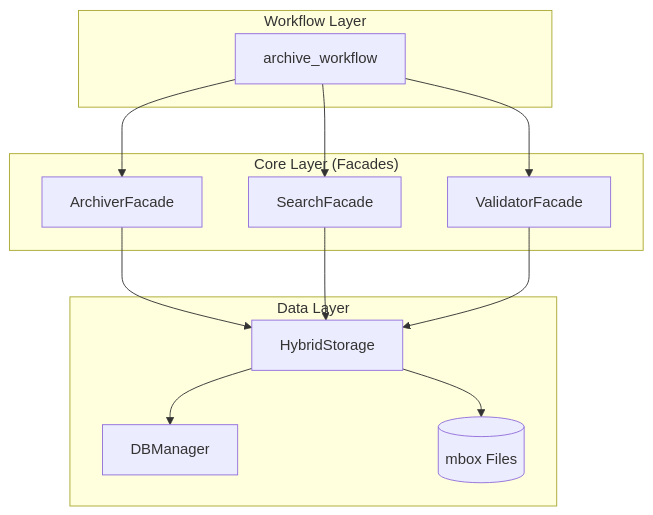
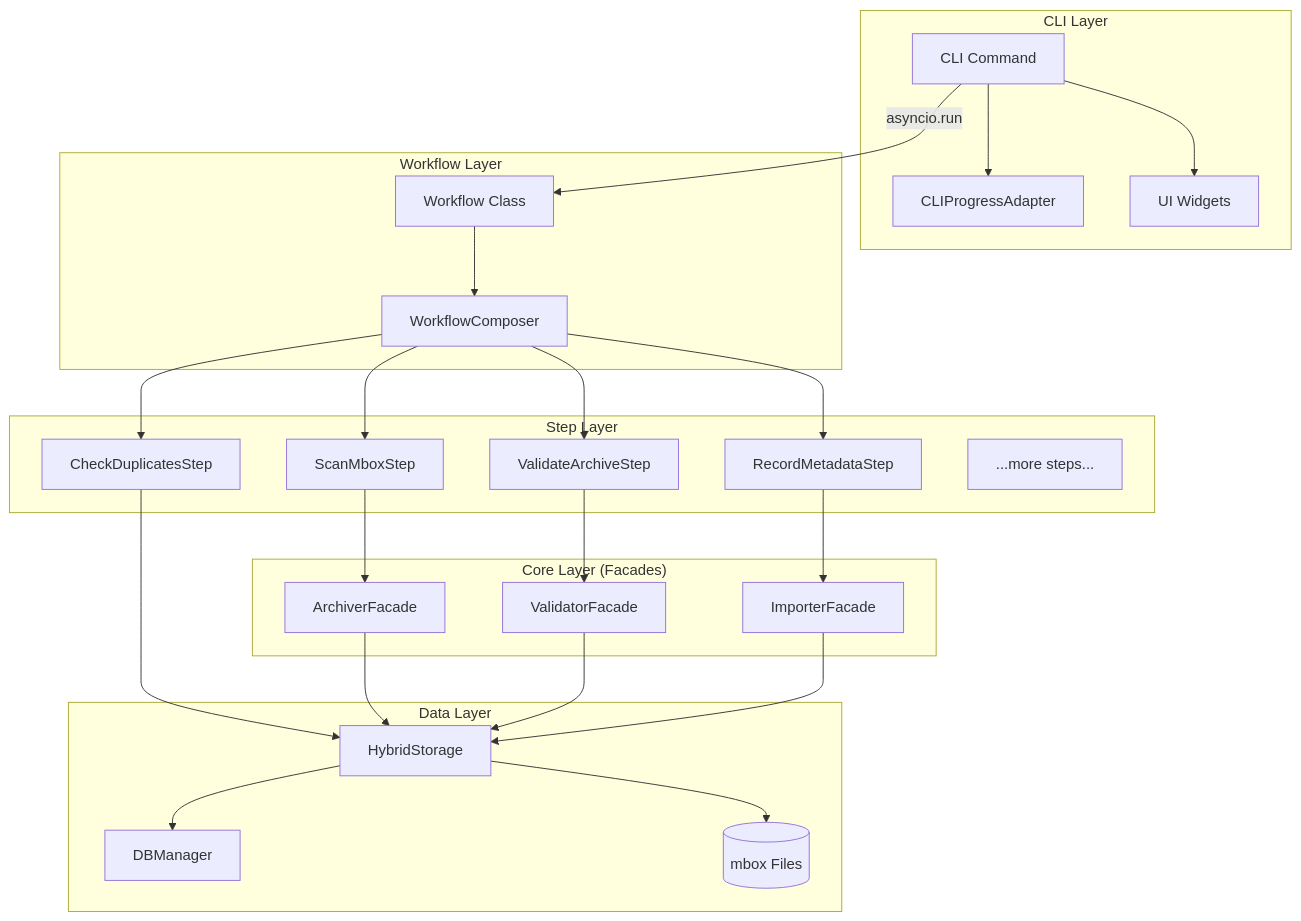
The first of 3 diagrams in src/gmailarchiver/core/workflows/ARCHITECTURE.md (tumma72/GMailArchiver), drawn with Mermaid before and after one commit. The commit also changed other lines of this file and 72 other files, not shown here.

First line of the commit message:
feat: Add Steps API and Widget system with archive command integration

````diff
--- a/src/gmailarchiver/core/workflows/ARCHITECTURE.md
+++ b/src/gmailarchiver/core/workflows/ARCHITECTURE.md
@@ -289,29 +64,51 @@
 ```mermaid
 graph TB
+    subgraph "CLI Layer"
+        CLI[CLI Command]
+        Adapter[CLIProgressAdapter]
+        Widgets[UI Widgets]
+    end
+
     subgraph "Workflow Layer"
-        Workflow[archive_workflow]
+        Workflow[Workflow Class]
+        Composer[WorkflowComposer]
     end
-    
+
+    subgraph "Step Layer"
+        Step1[ScanMboxStep]
+        Step2[CheckDuplicatesStep]
+        Step3[RecordMetadataStep]
+        Step4[ValidateArchiveStep]
+        StepN[...more steps...]
+    end
+
     subgraph "Core Layer (Facades)"
-        ArchiverFacade[ArchiverFacade]
-        SearchFacade[SearchFacade]
-        ValidatorFacade[ValidatorFacade]
+        ArchiverFacade
+        ValidatorFacade
+        ImporterFacade
     end
-    
+
     subgraph "Data Layer"
-        HybridStorage[HybridStorage]
-        DBManager[DBManager]
+        HybridStorage
+        DBManager
         MBOX[(mbox Files)]
     end
-    
-    Workflow --> ArchiverFacade
-    Workflow --> SearchFacade
-    Workflow --> ValidatorFacade
-    
+
+    CLI --> Adapter
+    CLI --> Widgets
+    CLI -->|asyncio.run| Workflow
+    Workflow --> Composer
+    Composer --> Step1
+    Composer --> Step2
+    Composer --> Step3
+    Composer --> Step4
+    Step1 --> ArchiverFacade
+    Step2 --> HybridStorage
+    Step3 --> ImporterFacade
+    Step4 --> ValidatorFacade
     ArchiverFacade --> HybridStorage
-    SearchFacade --> HybridStorage
     ValidatorFacade --> HybridStorage
-    
+    ImporterFacade --> HybridStorage
     HybridStorage --> DBManager
     HybridStorage --> MBOX
 ```
````
